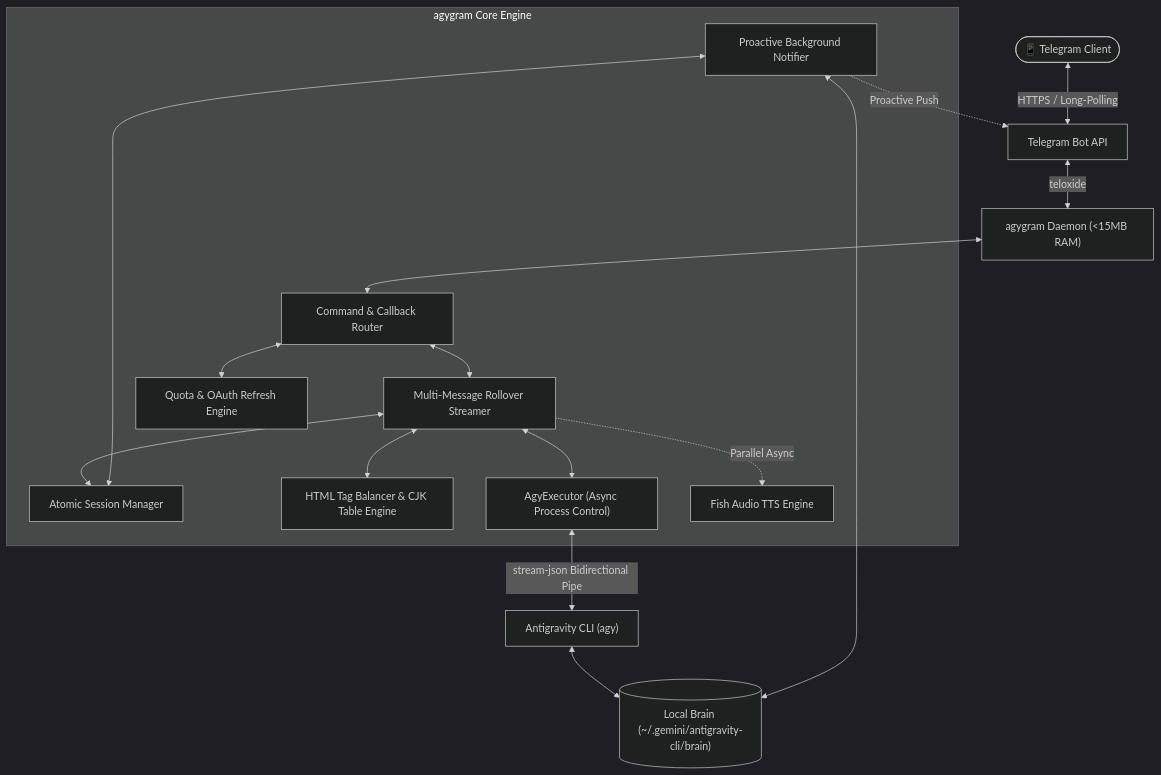
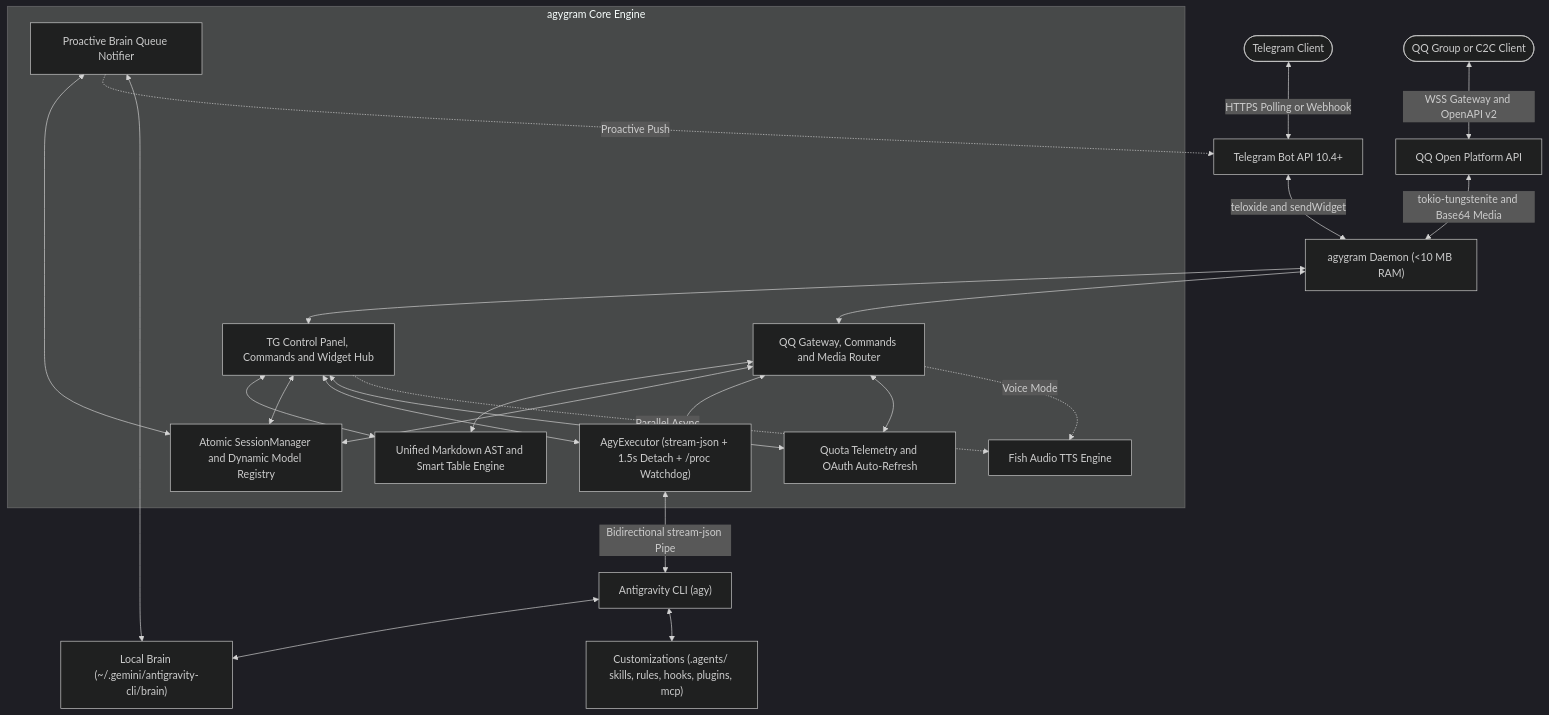
One commit to d3intran/agygram changed the diagram in README.md. Above: the diagram before and after it, drawn with Mermaid (dark theme). The commit also changed other lines of this file and 35 other files, not shown here.

Commit message:
feat: release v1.6.0 - unified Markdown AST, dynamic AGY models, TG Control Panel, QuickJS widgets & QQ OpenAPI v2 media

````diff
--- a/README.md
+++ b/README.md
@@ -132,30 +138,39 @@
 ```mermaid
 flowchart TD
-    User(["📱 Telegram Client"]) <-->|HTTPS / Long-Polling| BotAPI["Telegram Bot API"]
-    BotAPI <-->|teloxide| Daemon["agygram Daemon (<15MB RAM)"]
+    TGUser(["Telegram Client"]) <-->|"HTTPS Polling or Webhook"| BotAPI["Telegram Bot API 10.4+"]
+    QQUser(["QQ Group or C2C Client"]) <-->|"WSS Gateway and OpenAPI v2"| QQAPI["QQ Open Platform API"]
 
-    subgraph agygram_Core ["agygram Core Engine"]
-        Dispatcher["Command & Callback Router"]
-        Pipeline["Multi-Message Rollover Streamer"]
-        SessionMgr["Atomic Session Manager"]
-        Formatter["HTML Tag Balancer & CJK Table Engine"]
-        Executor["AgyExecutor (Async Process Control)"]
-        Notifier["Proactive Background Notifier"]
-        Quota["Quota & OAuth Refresh Engine"]
+    BotAPI <-->|"teloxide and sendWidget"| Daemon["agygram Daemon (<10 MB RAM)"]
+    QQAPI <-->|"tokio-tungstenite and Base64 Media"| Daemon
+
+    subgraph CoreEngine ["agygram Core Engine"]
+        TGHandler["TG Control Panel, Commands and Widget Hub"]
+        QQHandler["QQ Gateway, Commands and Media Router"]
+        AST["Unified Markdown AST and Smart Table Engine"]
+        SessionMgr["Atomic SessionManager and Dynamic Model Registry"]
+        Executor["AgyExecutor (stream-json + 1.5s Detach + /proc Watchdog)"]
+        Notifier["Proactive Brain Queue Notifier"]
+        Quota["Quota Telemetry and OAuth Auto-Refresh"]
         TTS["Fish Audio TTS Engine"]
     end
 
-    Daemon <--> Dispatcher
-    Dispatcher <--> Pipeline
-    Dispatcher <--> Quota
-    Pipeline <--> SessionMgr
-    Pipeline <--> Formatter
-    Pipeline <--> Executor
-    Pipeline -.->|Parallel Async| TTS
+    Daemon <--> TGHandler
+    Daemon <--> QQHandler
+    TGHandler <--> AST
+    QQHandler <--> AST
+    TGHandler <--> SessionMgr
+    QQHandler <--> SessionMgr
+    TGHandler <--> Executor
+    QQHandler <--> Executor
+    TGHandler <--> Quota
+    QQHandler <--> Quota
+    TGHandler -.->|"Parallel Async"| TTS
+    QQHandler -.->|"Voice Mode"| TTS
     Notifier <--> SessionMgr
-    Notifier -.->|Proactive Push| BotAPI
+    Notifier -.->|"Proactive Push"| BotAPI
 
-    Executor <-->|"stream-json Bidirectional Pipe"| AgyCLI["Antigravity CLI (agy)"]
-    AgyCLI <--> BrainStore[("Local Brain (~/.gemini/antigravity-cli/brain)")]
+    Executor <-->|"Bidirectional stream-json Pipe"| AgyCLI["Antigravity CLI (agy)"]
+    AgyCLI <--> BrainStore["Local Brain (~/.gemini/antigravity-cli/brain)"]
+    AgyCLI <--> Customizations["Customizations (.agents/ skills, rules, hooks, plugins, mcp)"]
     Notifier <--> BrainStore
 ```
````
